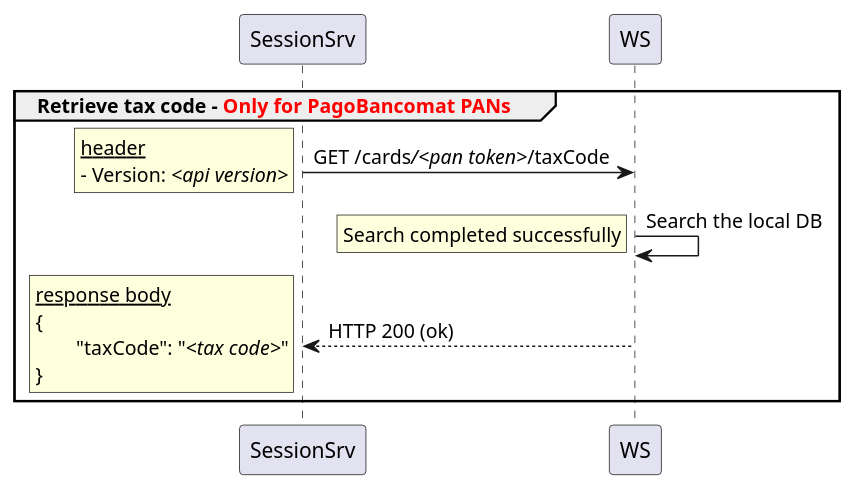
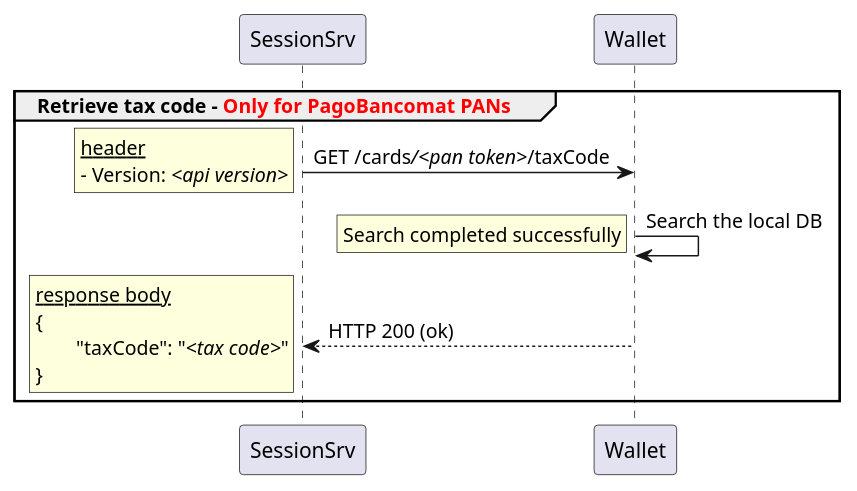
The diagram in puml/session/retrieve_tax_code.puml (antoniotarricone/mil-apis), drawn with PlantUML before and after one commit. The commit also changed 6 other files, not shown here.

```diff
--- a/puml/session/retrieve_tax_code.puml
+++ b/puml/session/retrieve_tax_code.puml
@@ -1,20 +1,20 @@
 group Retrieve tax code - <font color="red">Only for PagoBancomat PANs</font>
-	SessionSrv -> WS : GET /cards///<pan token>///taxCode
+	SessionSrv -> Wallet : GET /cards///<pan token>///taxCode
 		rnote left
 			__header__
 			- Version: //<api version>//
 		end note
 	
-	WS -> WS : Search the local DB
+	Wallet -> Wallet : Search the local DB
 		rnote left
 			Search completed successfully
 		end note
 	
-	WS --> SessionSrv : HTTP 200 (ok)
+	Wallet --> SessionSrv : HTTP 200 (ok)
 		rnote left
 			__response body__
 			{
 				"taxCode": "//<tax code>//"
 			}
 		end note
 end
```
